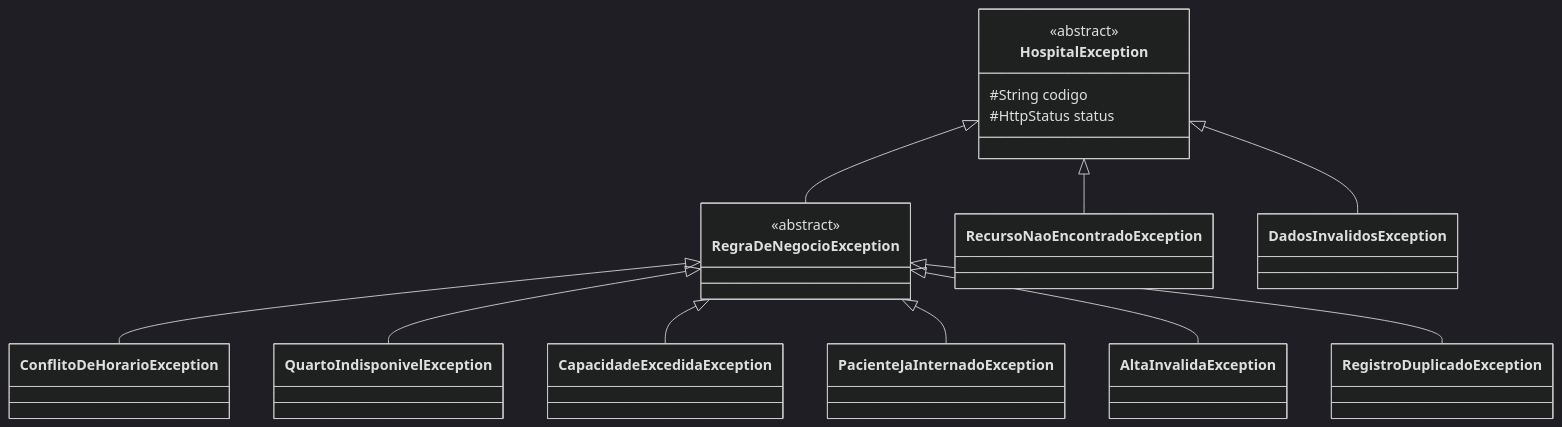
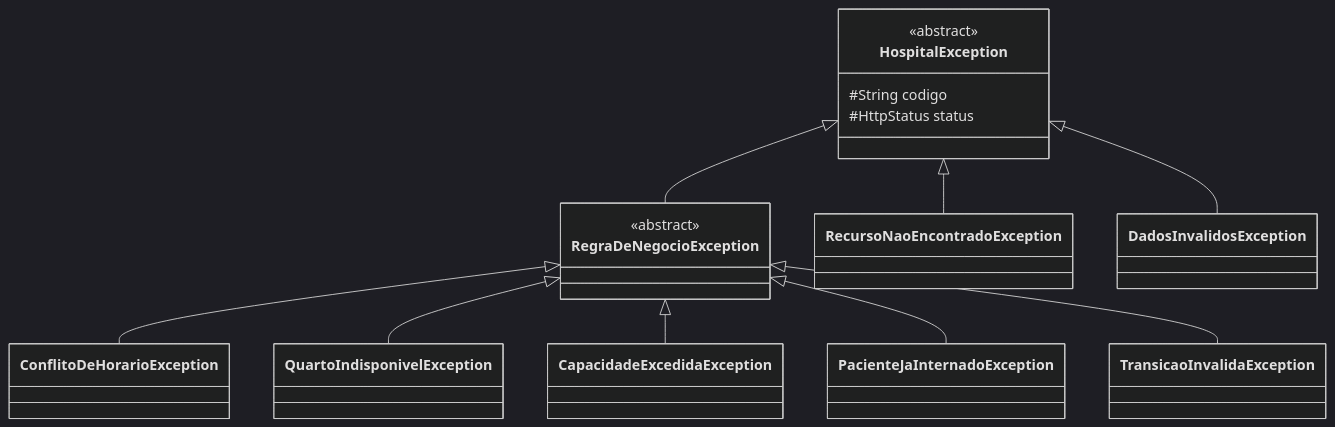
One commit to GustavoAlbuquerquee/vitalis changed the diagram in modulos/comum/README.md. Above: the diagram before and after it, drawn with Mermaid (dark theme). The commit also changed other lines of this file and 18 other files, not shown here.

````diff
--- a/modulos/comum/README.md
+++ b/modulos/comum/README.md
@@ -24,20 +24,19 @@
 ```mermaid
 classDiagram
     class HospitalException {
         <<abstract>>
         #String codigo
         #HttpStatus status
     }
     class RegraDeNegocioException {
         <<abstract>>
     }
     HospitalException <|-- RecursoNaoEncontradoException
     HospitalException <|-- RegraDeNegocioException
     HospitalException <|-- DadosInvalidosException
     RegraDeNegocioException <|-- ConflitoDeHorarioException
     RegraDeNegocioException <|-- QuartoIndisponivelException
     RegraDeNegocioException <|-- CapacidadeExcedidaException
     RegraDeNegocioException <|-- PacienteJaInternadoException
-    RegraDeNegocioException <|-- AltaInvalidaException
-    RegraDeNegocioException <|-- RegistroDuplicadoException
+    RegraDeNegocioException <|-- TransicaoInvalidaException
 ```
````
